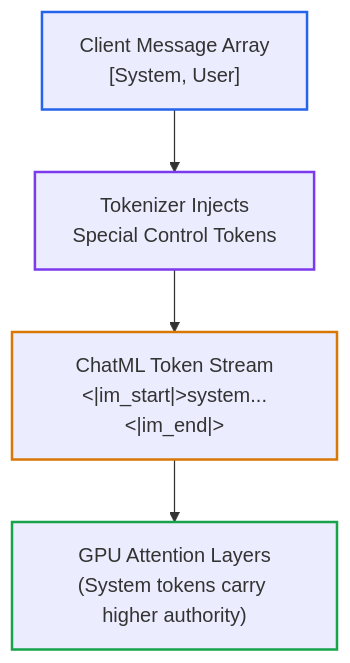
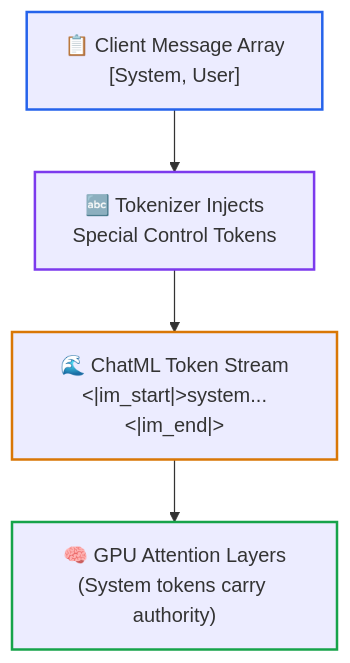
The first of 2 diagrams in 01-prompt-and-context-engineering/00-prompt-engineering-fundamentals-roles-and-in-context-learning.md (dip4k/senior-engineer-to-ai-engineer-roadmap), drawn with Mermaid before and after one commit. The commit also changed other lines of this file and 39 other files, not shown here.

First line of the commit message:
feat(curriculum): upgrade mermaid diagrams with unicode icons & codify anti-bloat layout rules

````diff
--- a/01-prompt-and-context-engineering/00-prompt-engineering-fundamentals-roles-and-in-context-learning.md
+++ b/01-prompt-and-context-engineering/00-prompt-engineering-fundamentals-roles-and-in-context-learning.md
@@ -83,11 +83,11 @@
 ```mermaid
 flowchart TD
-    JSON["Client Message Array<br>[System, User]"] --> Tok["Tokenizer Injects<br>Special Control Tokens"]
-    Tok --> Wire["ChatML Token Stream<br>&lt;|im_start|&gt;system...&lt;|im_end|&gt;"]
-    Wire --> GPU["GPU Attention Layers<br>(System tokens carry higher authority)"]
+    JSON["📋 Client Message Array<br>[System, User]"] --> Tok["🔤 Tokenizer Injects<br>Special Control Tokens"]
+    Tok --> Wire["🌊 ChatML Token Stream<br>&lt;|im_start|&gt;system...&lt;|im_end|&gt;"]
+    Wire --> GPU["🧠 GPU Attention Layers<br>(System tokens carry authority)"]
 
     style JSON stroke:#2563eb,stroke-width:2px
     style Tok stroke:#7c3aed,stroke-width:2px
     style Wire stroke:#d97706,stroke-width:2px
     style GPU stroke:#16a34a,stroke-width:2px
 ```
````
